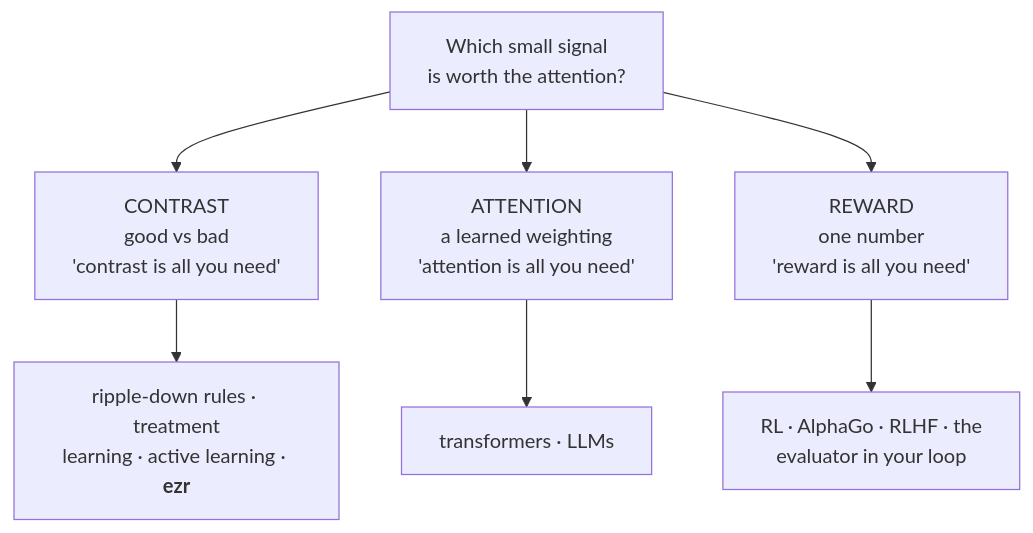
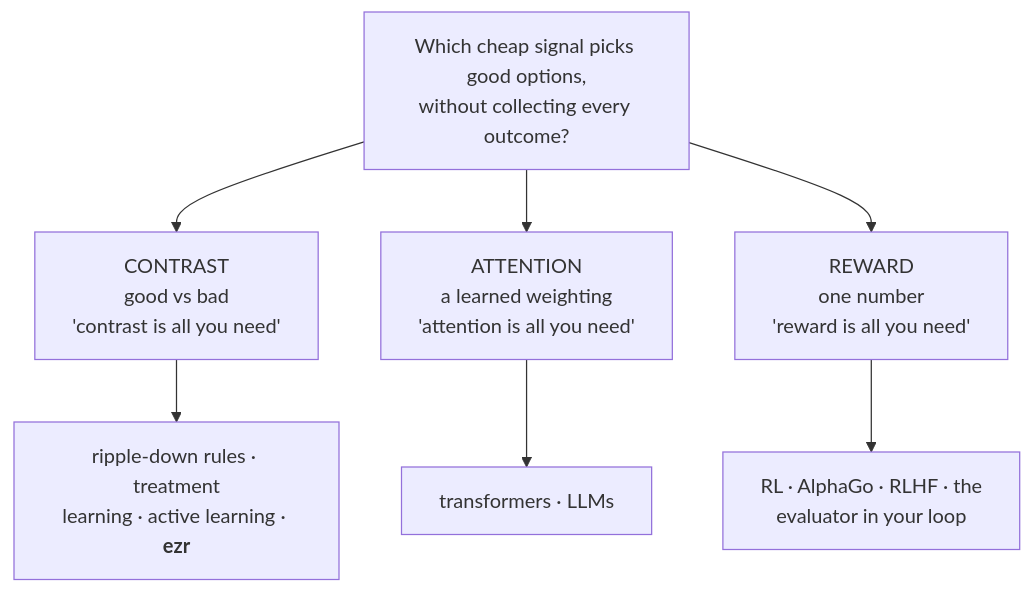
The first of 5 diagrams in docs/lect/allyouneed.md (txt/seai26f), drawn with Mermaid before and after one commit. The commit also changed other lines of this file and 2 other files, not shown here.

````diff
--- a/docs/lect/allyouneed.md
+++ b/docs/lect/allyouneed.md
@@ -32,10 +36,10 @@
 ```mermaid
 flowchart TD
-  Q["Which small signal<br/>is worth the attention?"]
+  Q["Which cheap signal picks good options,<br/>without collecting every outcome?"]
   Q --> C["CONTRAST<br/>good vs bad<br/>'contrast is all you need'"]
   Q --> A["ATTENTION<br/>a learned weighting<br/>'attention is all you need'"]
   Q --> R["REWARD<br/>one number<br/>'reward is all you need'"]
   C --> C2["ripple-down rules · treatment<br/>learning · active learning · <b>ezr</b>"]
   A --> A2["transformers · LLMs"]
   R --> R2["RL · AlphaGo · RLHF · the<br/>evaluator in your loop"]
 ```
````
